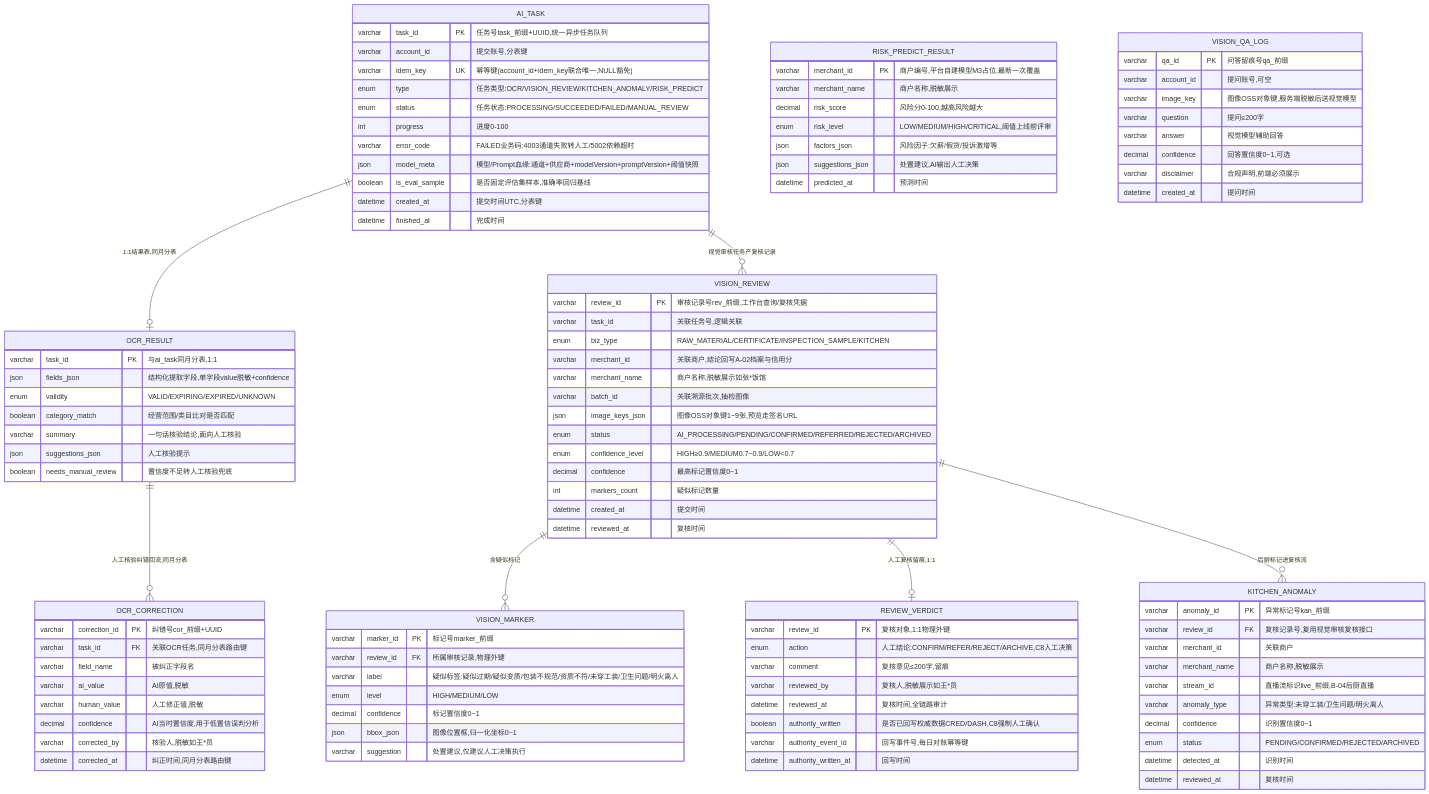
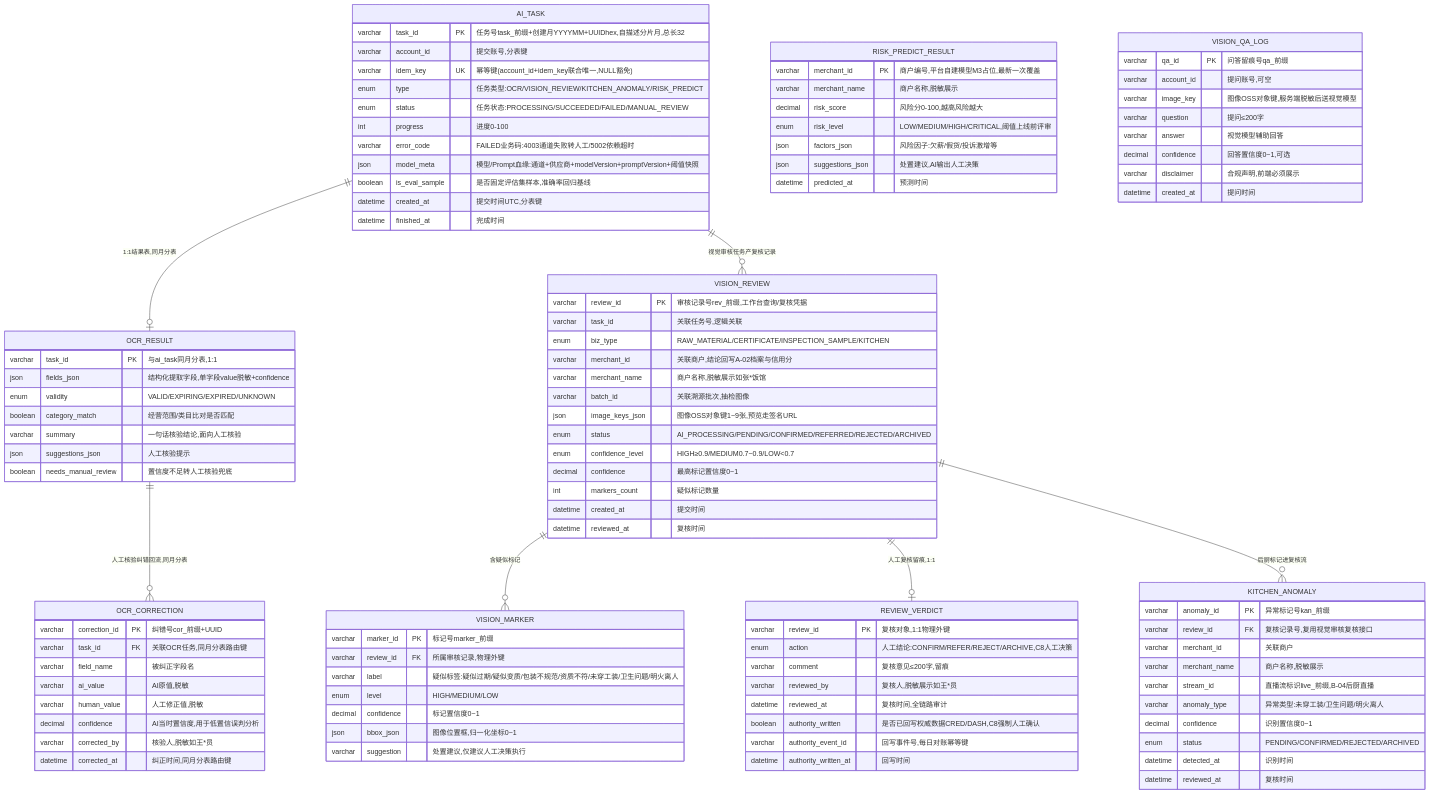
Before and after one commit to jzywm/Livelihood-Platform: the diagram in services/aicore/docs/er.md, drawn with Mermaid. The commit also changed other lines of this file and 8 other files, not shown here.

```diff
--- a/services/aicore/docs/er.md
+++ b/services/aicore/docs/er.md
@@ -17,7 +17,7 @@
     %% 权威数据在 CRED（A-02 档案/信用分）/ DASH（A-08 预警），经内部接口事件回写——逻辑关联、非外键
 
     AI_TASK {
-        varchar task_id PK "任务号task_前缀+UUID,统一异步任务队列"
+        varchar task_id PK "任务号task_前缀+创建月YYYYMM+UUIDhex,自描述分片月,总长32"
         varchar account_id "提交账号,分表键"
         varchar idem_key UK "幂等键(account_id+idem_key联合唯一,NULL豁免)"
         enum type "任务类型:OCR/VISION_REVIEW/KITCHEN_ANOMALY/RISK_PREDICT"
```
